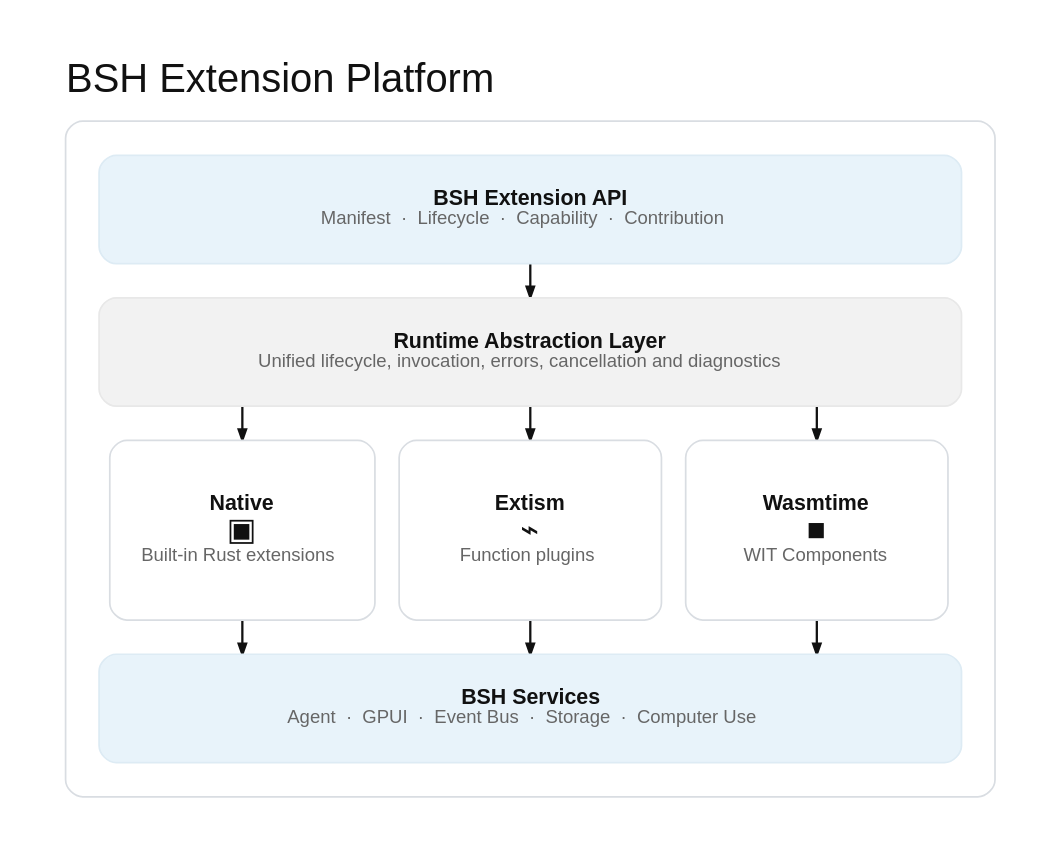
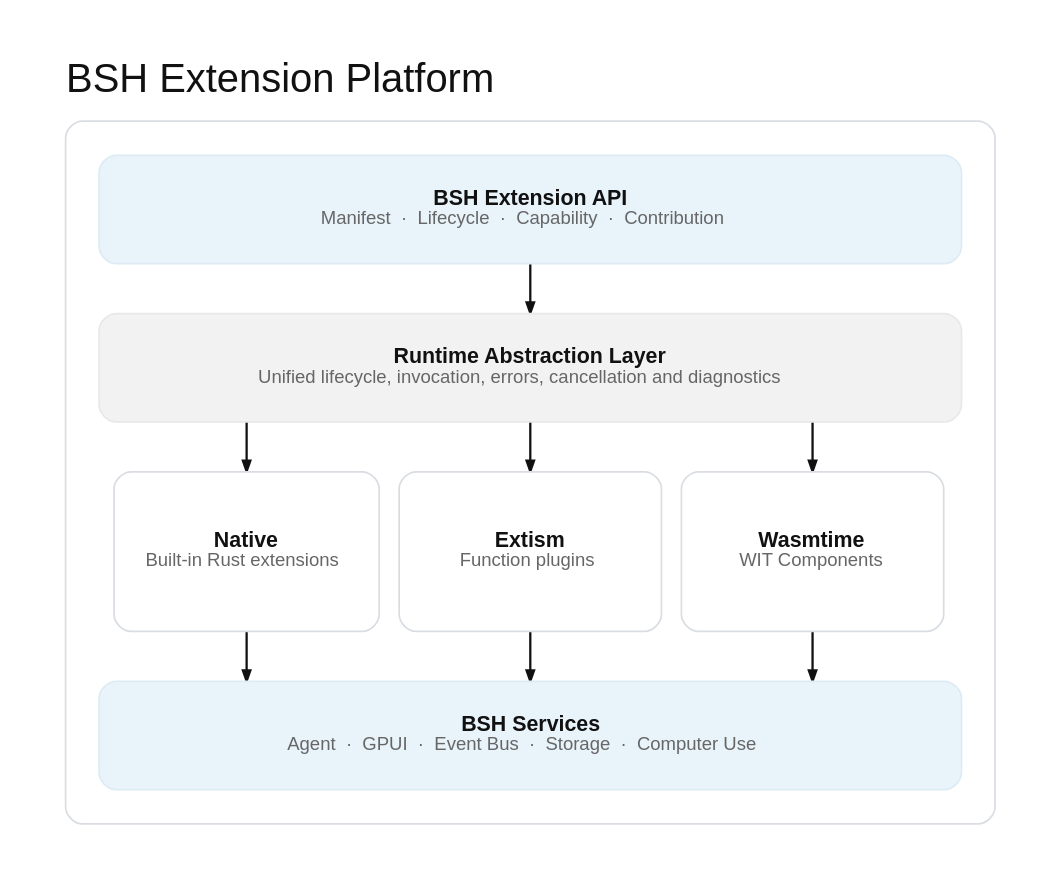
One commit to open1s/bos changed the diagram in docs/diagrams/extension-lifecycle.dot. Above: the diagram before and after it, drawn with Graphviz. The commit also changed 2 other files, not shown here.

Commit message:
docs: refine light layered architecture diagrams (#85)
* docs: refine light architecture diagrams

* docs: refine light architecture diagrams

* docs: refine light architecture diagrams

```diff
--- a/docs/diagrams/extension-lifecycle.dot
+++ b/docs/diagrams/extension-lifecycle.dot
@@ -1,55 +1,55 @@
 digraph ExtensionPlatform {
   graph [
-    bgcolor="#FFFFFF", pad="0.42", rankdir=TB, nodesep="0.24", ranksep="0.34",
+    bgcolor="#FFFFFF", pad="0.42", rankdir=TB, nodesep="0.20", ranksep="0.48",
     splines=ortho, outputorder=edgesfirst, fontname="Arial",
     label="BSH Extension Platform", labelloc=t, labeljust=l,
     fontsize=28, fontcolor="#111111"
   ];
   node [
     shape=box, style="rounded,filled", fontname="Arial",
     fontsize=15, margin="0.30,0.22", color="#D9DDE2",
     fillcolor="#FFFFFF", fontcolor="#111111", penwidth=1.2
   ];
   edge [color="#111111", penwidth=1.6, arrowsize=0.75, arrowhead=normal];
 
   subgraph cluster_platform {
     label=""; color="#D9DDE2"; penwidth=1.2; style="rounded"; margin=24;
 
     api [
       label=<<B>BSH Extension API</B><BR/><FONT POINT-SIZE="13" COLOR="#666666">Manifest  ·  Lifecycle  ·  Capability  ·  Contribution</FONT>>,
       fillcolor="#E8F3FA", color="#DDEBF4", width=8.4, height=1.05
     ];
 
     runtime [
       label=<<B>Runtime Abstraction Layer</B><BR/><FONT POINT-SIZE="13" COLOR="#666666">Unified lifecycle, invocation, errors, cancellation and diagnostics</FONT>>,
       fillcolor="#F2F2F2", color="#E8E8E8", width=8.4, height=1.05
     ];
 
     native [
-      label=<<B>Native</B><BR/><FONT POINT-SIZE="22">▣</FONT><BR/><FONT POINT-SIZE="13" COLOR="#666666">Built-in Rust extensions</FONT>>,
-      width=2.55, height=1.75
+      label=<<B>Native</B><BR/><FONT POINT-SIZE="13" COLOR="#666666">Built-in Rust extensions</FONT>>,
+      width=2.55, height=1.55
     ];
     extism [
-      label=<<B>Extism</B><BR/><FONT POINT-SIZE="22">⌁</FONT><BR/><FONT POINT-SIZE="13" COLOR="#666666">Function plugins</FONT>>,
-      width=2.55, height=1.75
+      label=<<B>Extism</B><BR/><FONT POINT-SIZE="13" COLOR="#666666">Function plugins</FONT>>,
+      width=2.55, height=1.55
     ];
     wasmtime [
-      label=<<B>Wasmtime</B><BR/><FONT POINT-SIZE="22">■</FONT><BR/><FONT POINT-SIZE="13" COLOR="#666666">WIT Components</FONT>>,
-      width=2.55, height=1.75
+      label=<<B>Wasmtime</B><BR/><FONT POINT-SIZE="13" COLOR="#666666">WIT Components</FONT>>,
+      width=2.55, height=1.55
     ];
 
     services [
       label=<<B>BSH Services</B><BR/><FONT POINT-SIZE="13" COLOR="#666666">Agent  ·  GPUI  ·  Event Bus  ·  Storage  ·  Computer Use</FONT>>,
       fillcolor="#E8F3FA", color="#DDEBF4", width=8.4, height=1.05
     ];
 
     {rank=same; native; extism; wasmtime;}
     api -> runtime;
     runtime -> native;
     runtime -> extism;
     runtime -> wasmtime;
     native -> services;
     extism -> services;
     wasmtime -> services;
   }
 }
```
